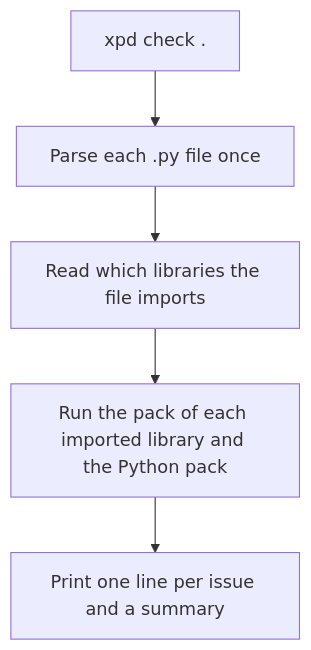
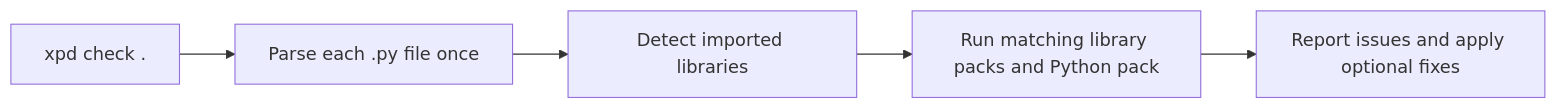
Before and after one commit to bjoernaagaard/xpd: the diagram in website/src/content/docs/index.md, drawn with Mermaid. The commit also changed other lines of this file and 42 other files, not shown here.

Commit message:
docs: rewrite public docs with BLUF, Mermaid diagrams, and plain prose

````diff
--- a/website/src/content/docs/index.md
+++ b/website/src/content/docs/index.md
@@ -145,7 +8,7 @@
 ```mermaid
-flowchart TD
+flowchart LR
     A["xpd check ."] --> B["Parse each .py file once"]
-    B --> C["Read which libraries the file imports"]
-    C --> D["Run the pack of each imported library and the Python pack"]
-    D --> E["Print one line per issue and a summary"]
+    B --> C["Detect imported libraries"]
+    C --> D["Run matching library packs and Python pack"]
+    D --> E["Report issues and apply optional fixes"]
 ```
````
